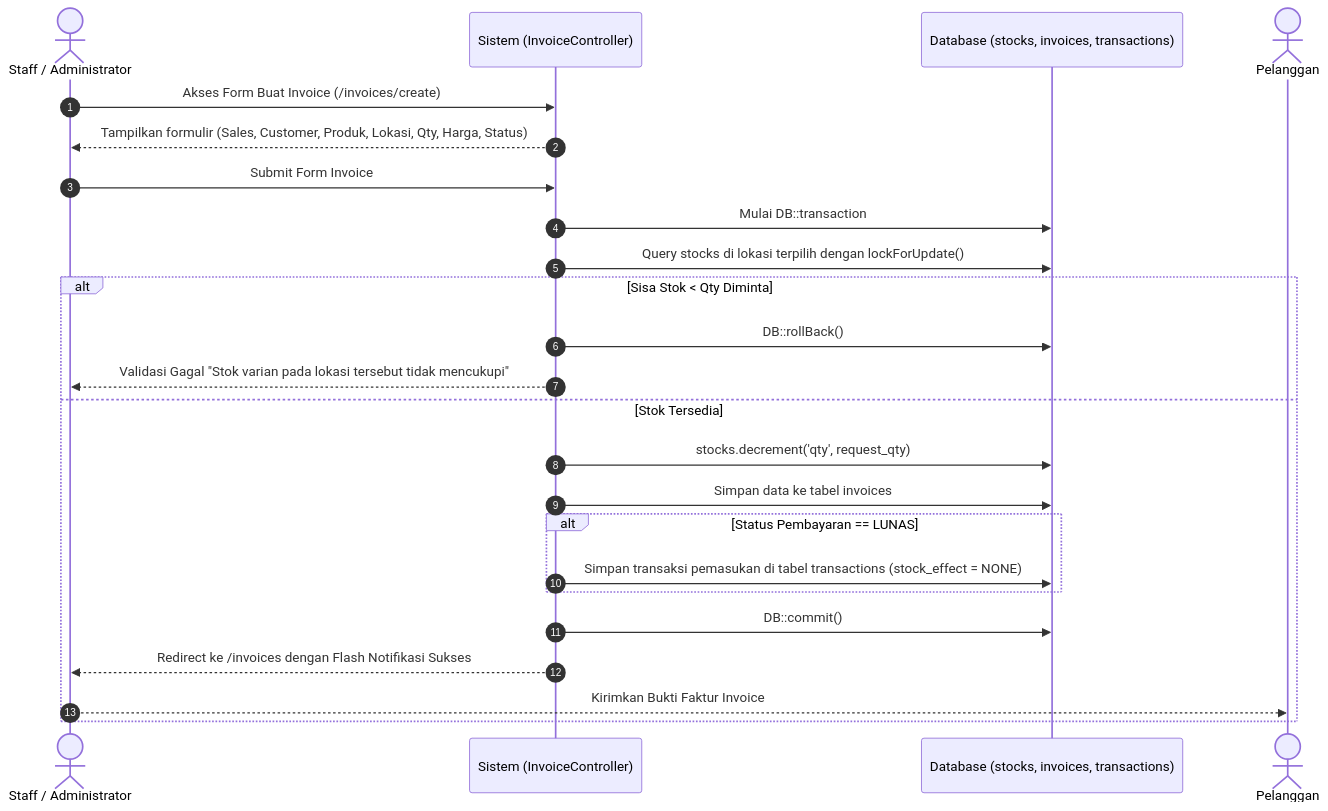
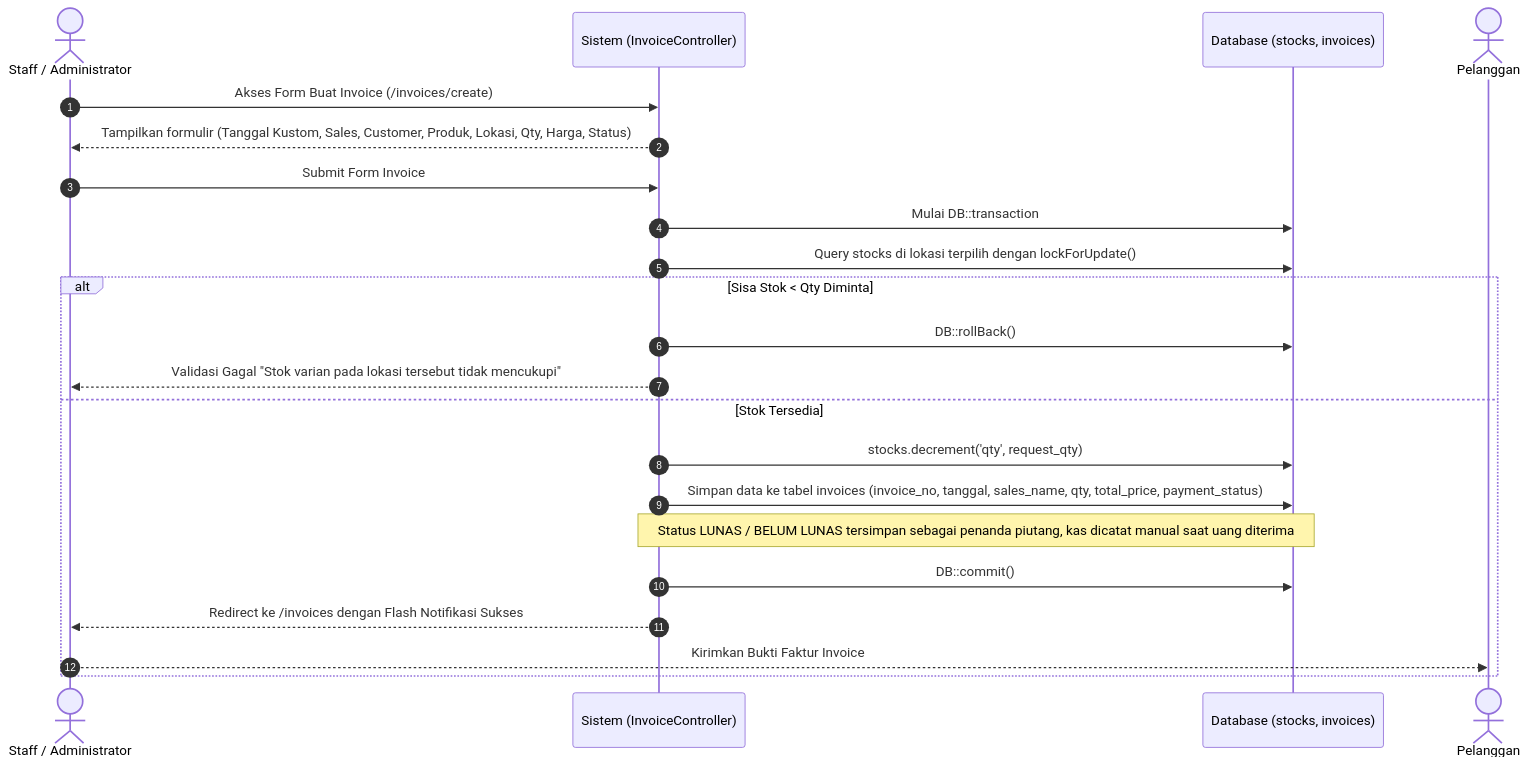
Before and after one commit to FatsyahRGT/scentpeep: the fourth of 10 diagrams in docs/ACTIVITY_DIAGRAM.md, drawn with Mermaid. The commit also changed other lines of this file and 28 other files, not shown here.

Commit message:
feat: pisahkan kas dari invoice, kustom tanggal invoice, halaman tutorial panduan sistem, dan optimasi performa

````diff
--- a/docs/ACTIVITY_DIAGRAM.md
+++ b/docs/ACTIVITY_DIAGRAM.md
@@ -120,28 +116,26 @@
 ```mermaid
 sequenceDiagram
     autonumber
     actor U as Staff / Administrator
     participant S as Sistem (InvoiceController)
-    participant DB as Database (stocks, invoices, transactions)
+    participant DB as Database (stocks, invoices)
     actor C as Pelanggan
 
     U->>S: Akses Form Buat Invoice (/invoices/create)
-    S-->>U: Tampilkan formulir (Sales, Customer, Produk, Lokasi, Qty, Harga, Status)
+    S-->>U: Tampilkan formulir (Tanggal Kustom, Sales, Customer, Produk, Lokasi, Qty, Harga, Status)
     U->>S: Submit Form Invoice
     
     S->>DB: Mulai DB::transaction
     S->>DB: Query stocks di lokasi terpilih dengan lockForUpdate()
     alt Sisa Stok < Qty Diminta
         S->>DB: DB::rollBack()
         S-->>U: Validasi Gagal "Stok varian pada lokasi tersebut tidak mencukupi"
     else Stok Tersedia
         S->>DB: stocks.decrement('qty', request_qty)
-        S->>DB: Simpan data ke tabel invoices
-        alt Status Pembayaran == LUNAS
-            S->>DB: Simpan transaksi pemasukan di tabel transactions (stock_effect = NONE)
-        end
+        S->>DB: Simpan data ke tabel invoices (invoice_no, tanggal, sales_name, qty, total_price, payment_status)
+        Note over S,DB: Status LUNAS / BELUM LUNAS tersimpan sebagai penanda piutang, kas dicatat manual saat uang diterima
         S->>DB: DB::commit()
         S-->>U: Redirect ke /invoices dengan Flash Notifikasi Sukses
         U-->>C: Kirimkan Bukti Faktur Invoice
     end
 ```
````
